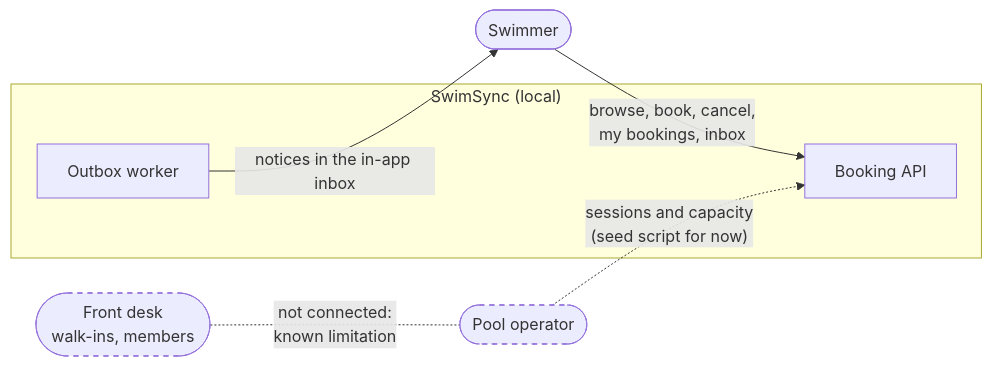
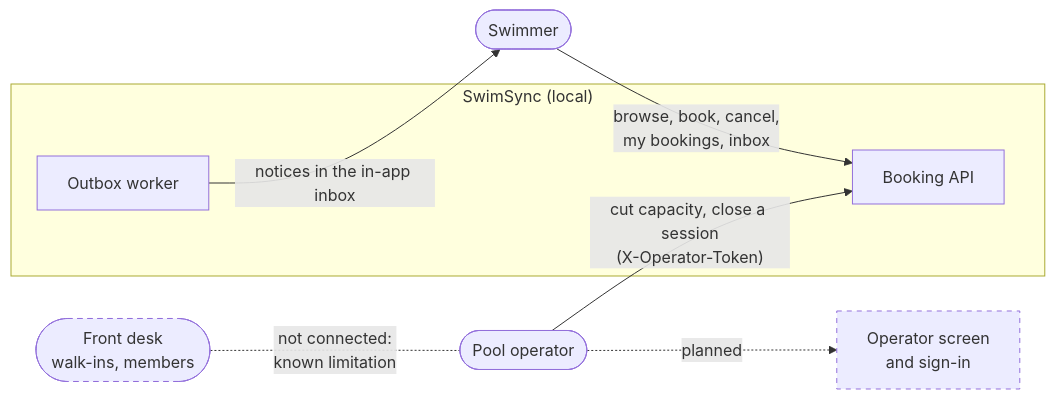
One commit to ashutosharma2/SwimSync changed the first of 19 diagrams in docs/architecture.md. Above: the diagram before and after it, drawn with Mermaid. The commit also changed other lines of this file and 1 other file, not shown here.

First line of the commit message:
Docs: operator capacity changes in the README and a new architecture section; drill B and the frontend drawn as built

````diff
--- a/docs/architecture.md
+++ b/docs/architecture.md
@@ -36,19 +37,21 @@
 ```mermaid
 flowchart LR
     Swimmer(["Swimmer"])
     Operator(["Pool operator"])
     Desk(["Front desk<br/>walk-ins, members"])
+    OpUI["Operator screen<br/>and sign-in"]
 
     subgraph SwimSync["SwimSync (local)"]
         API["Booking API"]
         Worker["Outbox worker"]
     end
 
     Swimmer -- "browse, book, cancel,<br/>my bookings, inbox" --> API
     Worker -- "notices in the in-app inbox" --> Swimmer
-    Operator -. "sessions and capacity<br/>(seed script for now)" .-> API
+    Operator -- "cut capacity, close a session<br/>(X-Operator-Token)" --> API
+    Operator -. "planned" .-> OpUI
     Desk -. "not connected:<br/>known limitation" .- Operator
 
-    class Operator,Desk planned
+    class Desk,OpUI planned
     classDef planned stroke-dasharray: 5 5
 ```
````
